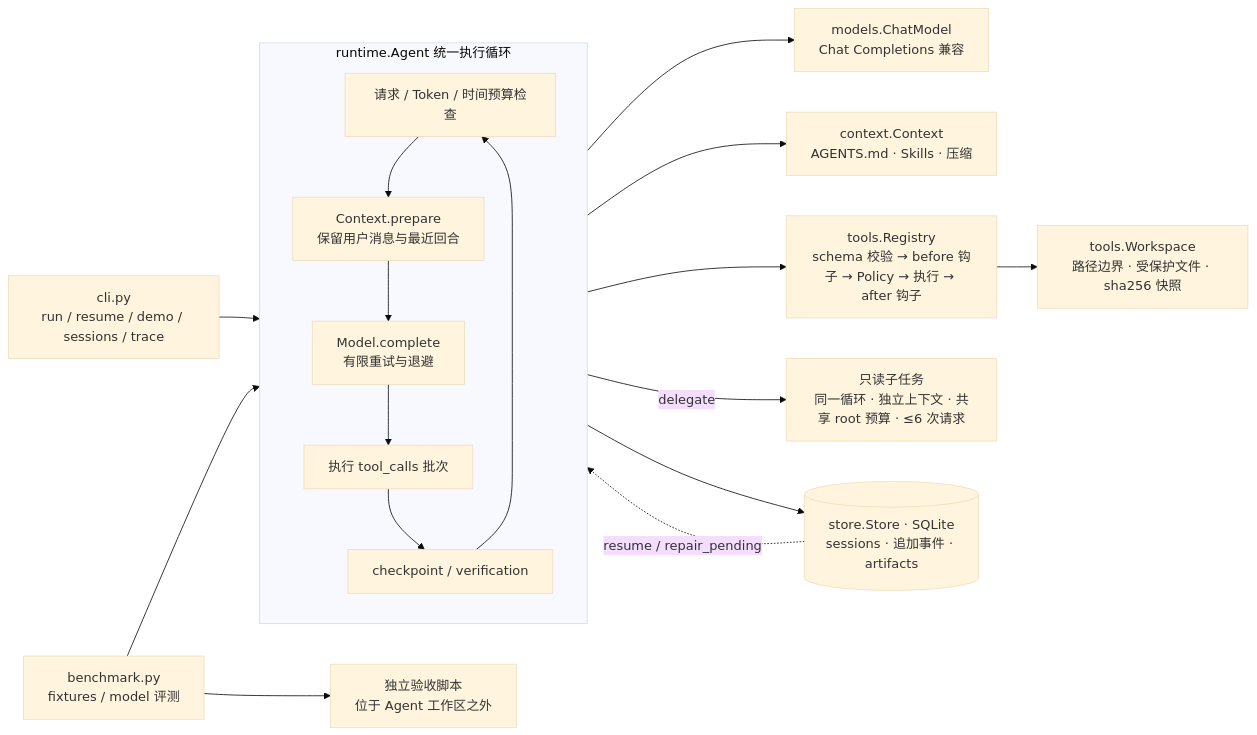
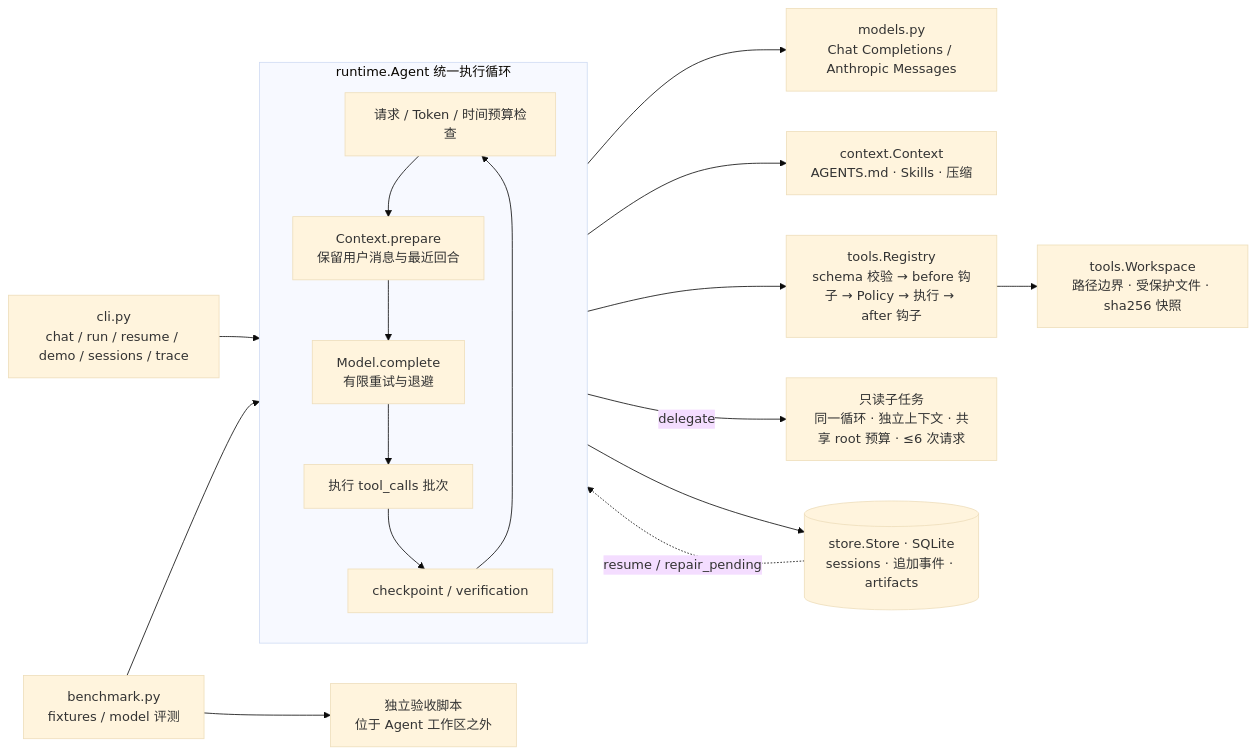
One commit to twi66li/CodeHarness changed the diagram in README.md. Above: the diagram before and after it, drawn with Mermaid (base theme). The commit also changed other lines of this file and 7 other files, not shown here.

````diff
--- a/README.md
+++ b/README.md
@@ -11,23 +11,23 @@
 ```mermaid
 flowchart LR
-    CLI["cli.py<br/>run / resume / demo / sessions / trace"] --> Agent
+    CLI["cli.py<br/>chat / run / resume / demo / sessions / trace"] --> Agent
     Bench["benchmark.py<br/>fixtures / model 评测"] --> Agent
     Bench --> Accept["独立验收脚本<br/>位于 Agent 工作区之外"]
 
     subgraph Agent["runtime.Agent 统一执行循环"]
         direction TB
         Budget["请求 / Token / 时间预算检查"] --> Prepare["Context.prepare<br/>保留用户消息与最近回合"]
         Prepare --> Call["Model.complete<br/>有限重试与退避"]
         Call --> Batch["执行 tool_calls 批次"]
         Batch --> Check["checkpoint / verification"]
         Check --> Budget
     end
 
-    Call --> Model["models.ChatModel<br/>Chat Completions 兼容"]
+    Call --> Model["models.py<br/>Chat Completions / Anthropic Messages"]
     Prepare --> Ctx["context.Context<br/>AGENTS.md · Skills · 压缩"]
     Batch --> Reg["tools.Registry<br/>schema 校验 → before 钩子 → Policy → 执行 → after 钩子"]
     Reg --> WS["tools.Workspace<br/>路径边界 · 受保护文件 · sha256 快照"]
     Batch -- delegate --> Child["只读子任务<br/>同一循环 · 独立上下文 · 共享 root 预算 · ≤6 次请求"]
     Agent --> Store[("store.Store · SQLite<br/>sessions · 追加事件 · artifacts")]
     Store -. resume / repair_pending .-> Agent
 ```
````
